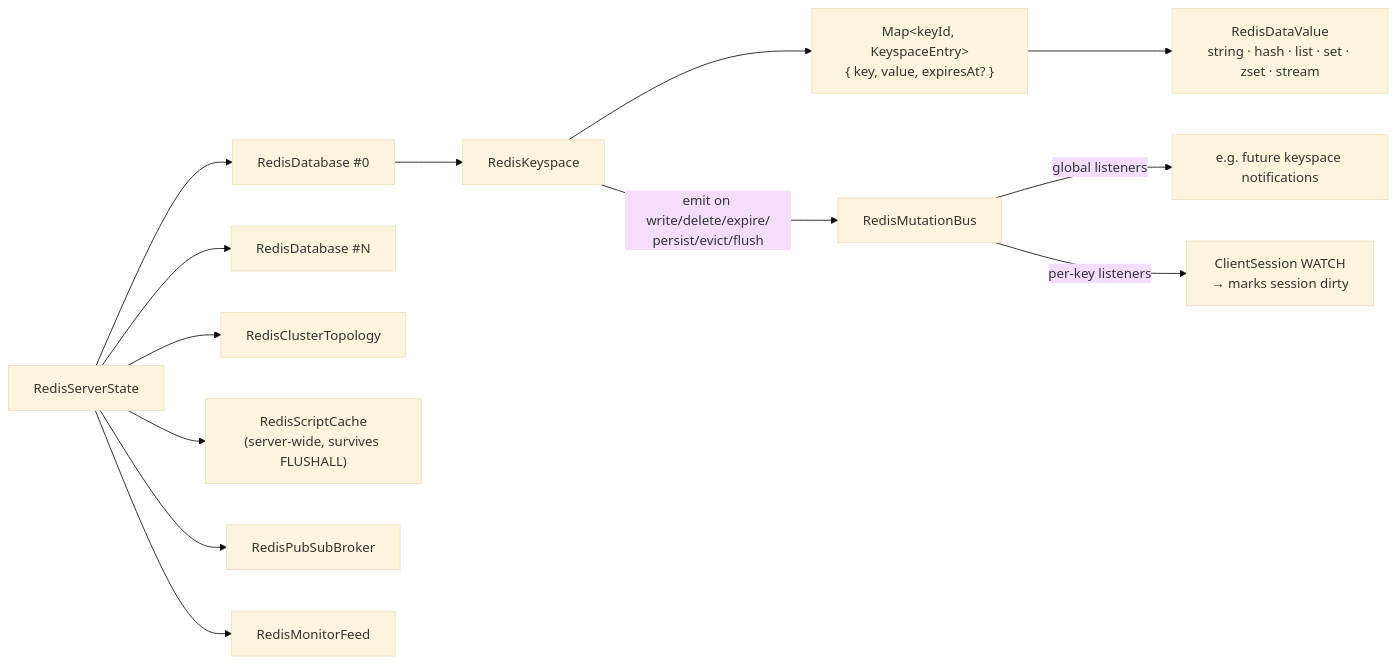
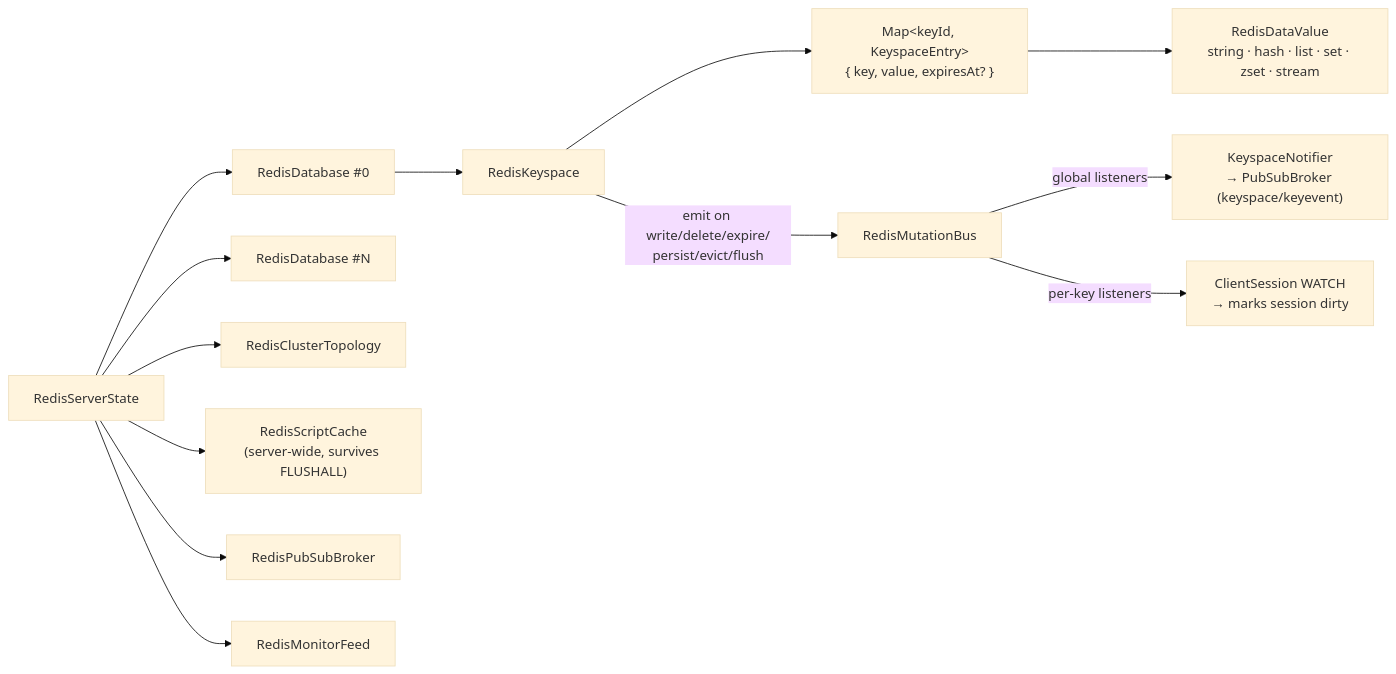
The sixth of 6 diagrams in docs/ARCHITECTURE.md (fatal10110/js-redis-server), drawn with Mermaid (base theme) before and after one commit. The commit also changed other lines of this file and 9 other files, not shown here.

First line of the commit message:
feat: publish keyspace notifications to pub/sub channels (#87) (#238)

````diff
--- a/docs/ARCHITECTURE.md
+++ b/docs/ARCHITECTURE.md
@@ -296,17 +296,17 @@
 ```mermaid
 flowchart LR
     SS[RedisServerState] --> RD0["RedisDatabase #0"]
     SS --> RD1["RedisDatabase #N"]
     SS --> CT[RedisClusterTopology]
     SS --> SCC["RedisScriptCache<br/>(server-wide, survives FLUSHALL)"]
     SS --> PB[RedisPubSubBroker]
     SS --> MF[RedisMonitorFeed]
 
     RD0 --> KS[RedisKeyspace]
     KS --> ME["Map&lt;keyId, KeyspaceEntry&gt;<br/>{ key, value, expiresAt? }"]
     ME --> DT["RedisDataValue<br/>string · hash · list · set · zset · stream"]
     KS -- "emit on write/delete/expire/<br/>persist/evict/flush" --> MB[RedisMutationBus]
 
-    MB -- "global listeners" --> GL["e.g. future keyspace notifications"]
+    MB -- "global listeners" --> KN["KeyspaceNotifier<br/>→ PubSubBroker (keyspace/keyevent)"]
     MB -- "per-key listeners" --> WL["ClientSession WATCH<br/>→ marks session dirty"]
 ```
````
